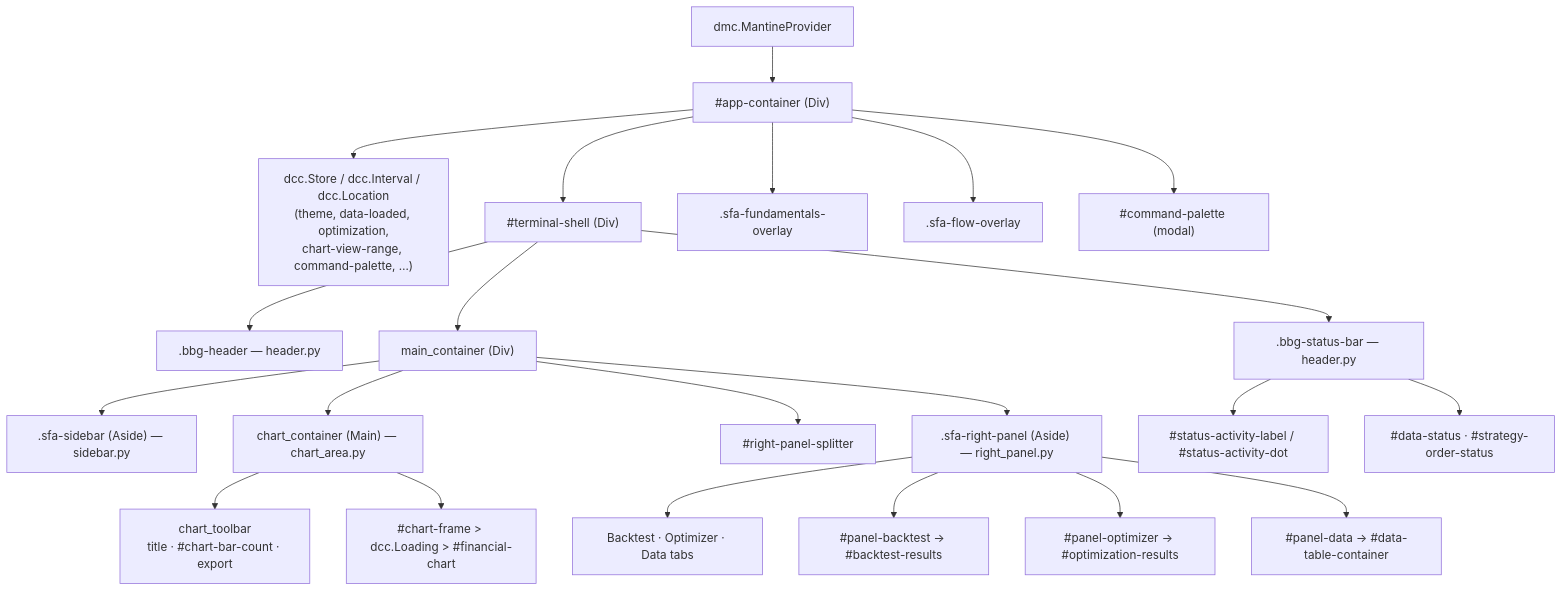
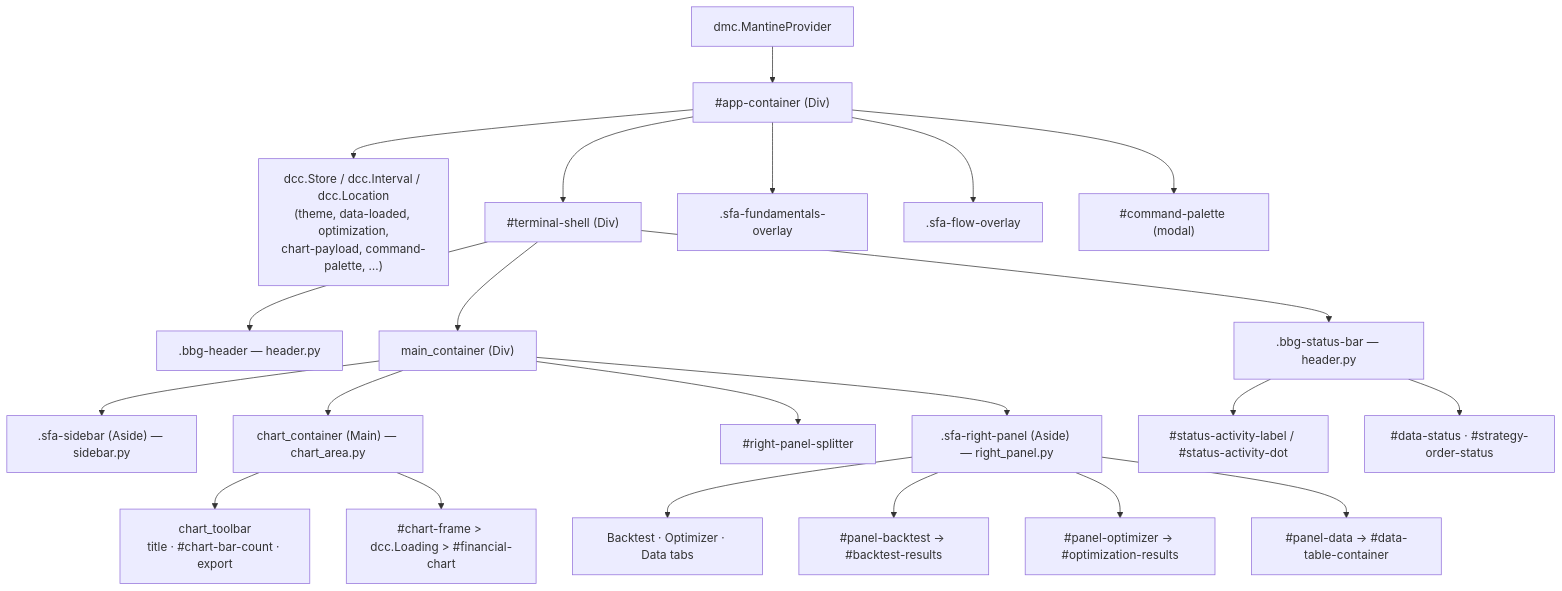
The diagram in docs/ui-architecture.md (Noeinkan/F2_SearchForAlpha_lab), drawn with Mermaid before and after one commit. The commit also changed other lines of this file and 56 other files, not shown here.

First line of the commit message:
docs: update dashboard docs for TradingView charts

````diff
--- a/docs/ui-architecture.md
+++ b/docs/ui-architecture.md
@@ -14,29 +14,29 @@
 ```mermaid
 graph TD
     MP[dmc.MantineProvider] --> APP["#app-container (Div)"]
-    APP --> STORES["dcc.Store / dcc.Interval / dcc.Location<br/>(theme, data-loaded, optimization,<br/>chart-view-range, command-palette, …)"]
+    APP --> STORES["dcc.Store / dcc.Interval / dcc.Location<br/>(theme, data-loaded, optimization,<br/>chart-payload, command-palette, …)"]
     APP --> SHELL["#terminal-shell (Div)"]
     APP --> FOV[".sfa-fundamentals-overlay"]
     APP --> FLOW[".sfa-flow-overlay"]
     APP --> PALETTE["#command-palette (modal)"]
 
     SHELL --> HEADER[".bbg-header — header.py"]
     SHELL --> MAIN["main_container (Div)"]
     SHELL --> STATUS[".bbg-status-bar — header.py"]
 
     MAIN --> SIDEBAR[".sfa-sidebar (Aside) — sidebar.py"]
     MAIN --> CHART["chart_container (Main) — chart_area.py"]
     MAIN --> SPLIT["#right-panel-splitter"]
     MAIN --> RIGHT[".sfa-right-panel (Aside) — right_panel.py"]
 
     CHART --> TOOLBAR["chart_toolbar<br/>title · #chart-bar-count · export"]
     CHART --> FRAME["#chart-frame > dcc.Loading > #financial-chart"]
 
     RIGHT --> TABS["Backtest · Optimizer · Data tabs"]
     RIGHT --> BT["#panel-backtest → #backtest-results"]
     RIGHT --> OPT["#panel-optimizer → #optimization-results"]
     RIGHT --> DATA["#panel-data → #data-table-container"]
 
     STATUS --> ACT["#status-activity-label / #status-activity-dot"]
     STATUS --> DS["#data-status · #strategy-order-status"]
 ```
````
